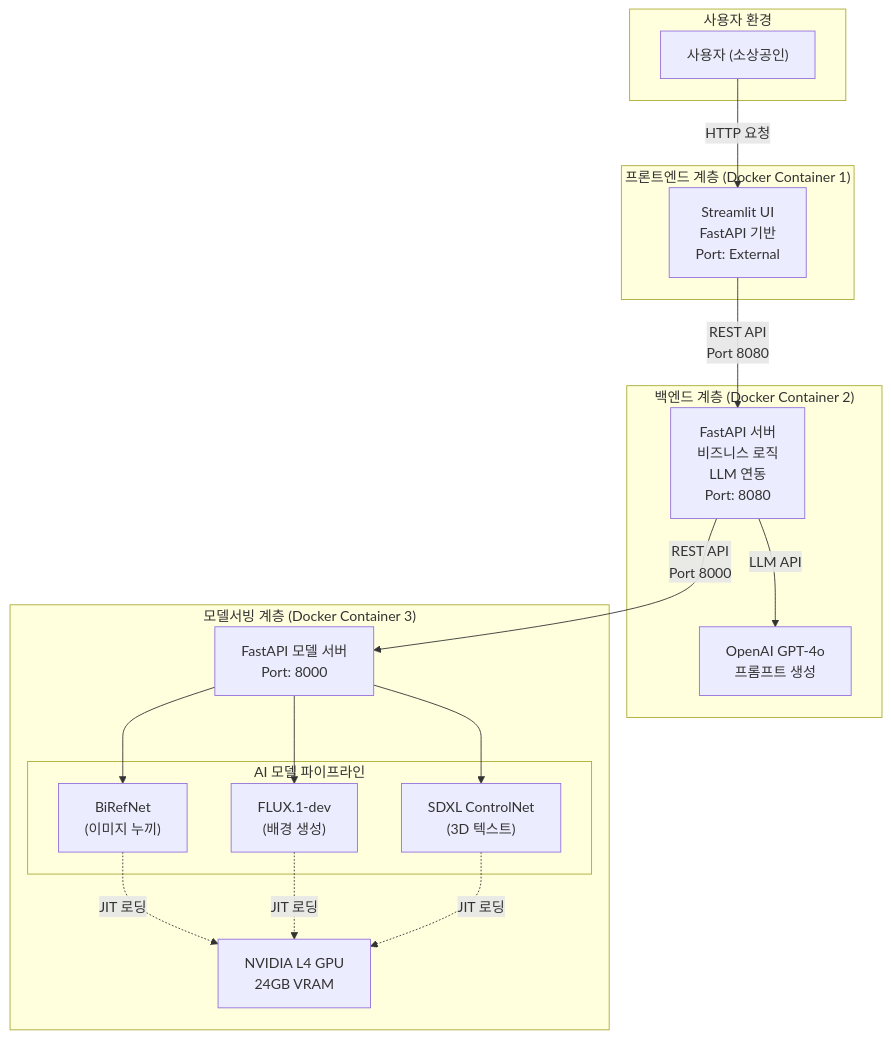
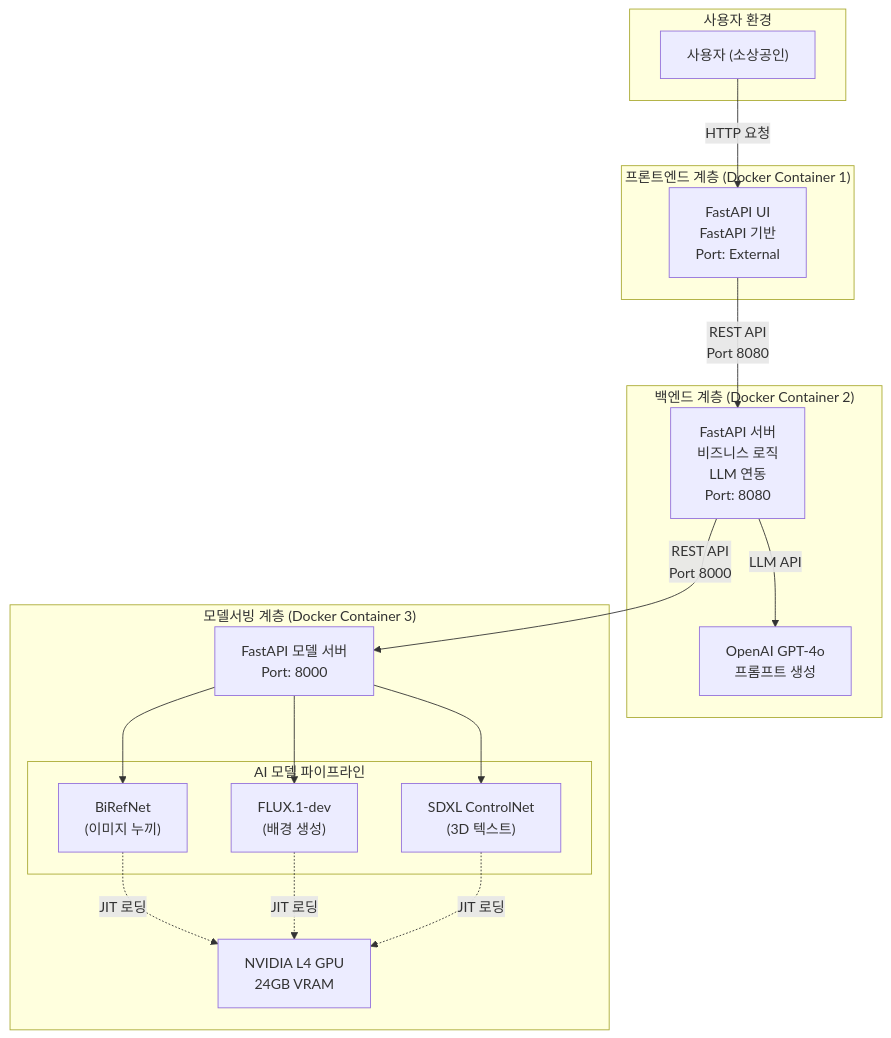
The first of 3 diagrams in docs/doc/아키텍처설계.md (krapnuyij/codeit-ai-3team-ad-content), drawn with Mermaid before and after one commit. The commit also changed other lines of this file and 22 other files, not shown here.

````diff
--- a/docs/doc/아키텍처설계.md
+++ b/docs/doc/아키텍처설계.md
@@ -51,38 +51,38 @@
 ```mermaid
 graph TB
     subgraph "사용자 환경"
         User["사용자 (소상공인)"]
     end
 
     subgraph "프론트엔드 계층 (Docker Container 1)"
-        Frontend["Streamlit UI<br/>FastAPI 기반<br/>Port: External"]
+        Frontend["FastAPI UI<br/>FastAPI 기반<br/>Port: External"]
     end
 
     subgraph "백엔드 계층 (Docker Container 2)"
         Backend["FastAPI 서버<br/>비즈니스 로직<br/>LLM 연동<br/>Port: 8080"]
         LLM["OpenAI GPT-4o<br/>프롬프트 생성"]
     end
 
     subgraph "모델서빙 계층 (Docker Container 3)"
         ModelServer["FastAPI 모델 서버<br/>Port: 8000"]
 
         subgraph "AI 모델 파이프라인"
             BiRefNet["BiRefNet<br/>(이미지 누끼)"]
             FLUX["FLUX.1-dev<br/>(배경 생성)"]
             SDXL["SDXL ControlNet<br/>(3D 텍스트)"]
         end
 
         GPU["NVIDIA L4 GPU<br/>24GB VRAM"]
     end
 
     User -->|HTTP 요청| Frontend
     Frontend -->|REST API<br/>Port 8080| Backend
     Backend -->|LLM API| LLM
     Backend -->|REST API<br/>Port 8000| ModelServer
     ModelServer --> BiRefNet
     ModelServer --> FLUX
     ModelServer --> SDXL
     BiRefNet -.->|JIT 로딩| GPU
     FLUX -.->|JIT 로딩| GPU
     SDXL -.->|JIT 로딩| GPU
 ```
````
